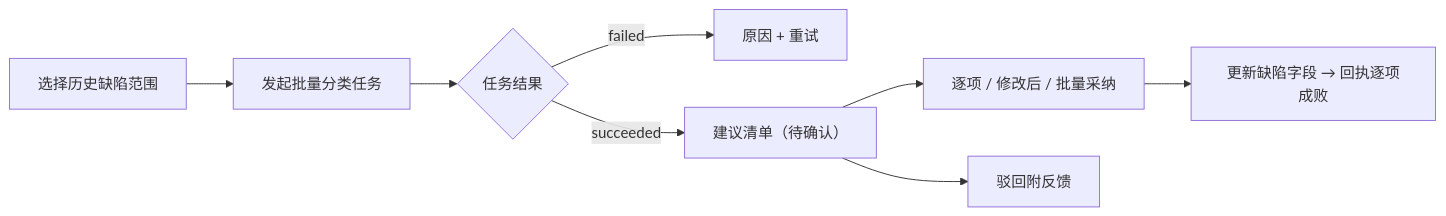
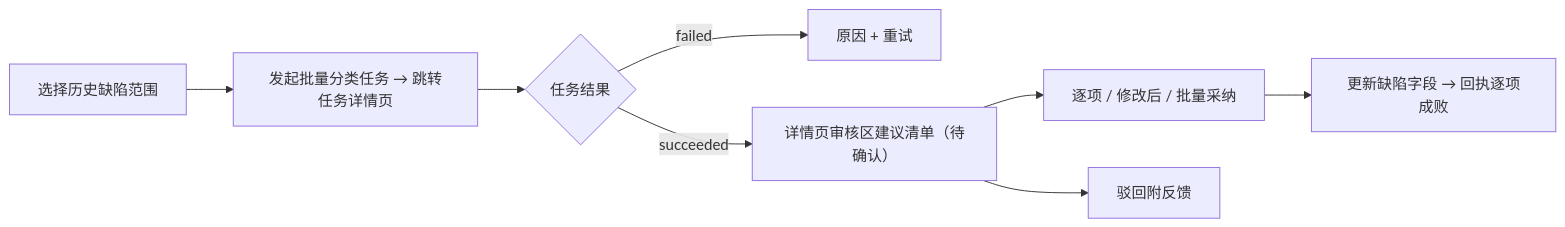
The second of 2 diagrams in docs/05-interaction-design/07-ai-capability/06-defect-analysis-ui.md (XiaoMiSum/robotest), drawn with Mermaid before and after one commit. The commit also changed other lines of this file and 3 other files, not shown here.

````diff
--- a/docs/05-interaction-design/07-ai-capability/06-defect-analysis-ui.md
+++ b/docs/05-interaction-design/07-ai-capability/06-defect-analysis-ui.md
@@ -94,10 +94,10 @@
 ```mermaid
 flowchart LR
-  A[选择历史缺陷范围] --> B[发起批量分类任务]
+  A[选择历史缺陷范围] --> B[发起批量分类任务 → 跳转任务详情页]
   B --> C{任务结果}
   C -- failed --> D[原因 + 重试]
-  C -- succeeded --> E[建议清单（待确认）]
+  C -- succeeded --> E[详情页审核区建议清单（待确认）]
   E --> F[逐项 / 修改后 / 批量采纳]
   E --> G[驳回附反馈]
   F --> H[更新缺陷字段 → 回执逐项成败]
 ```
````
